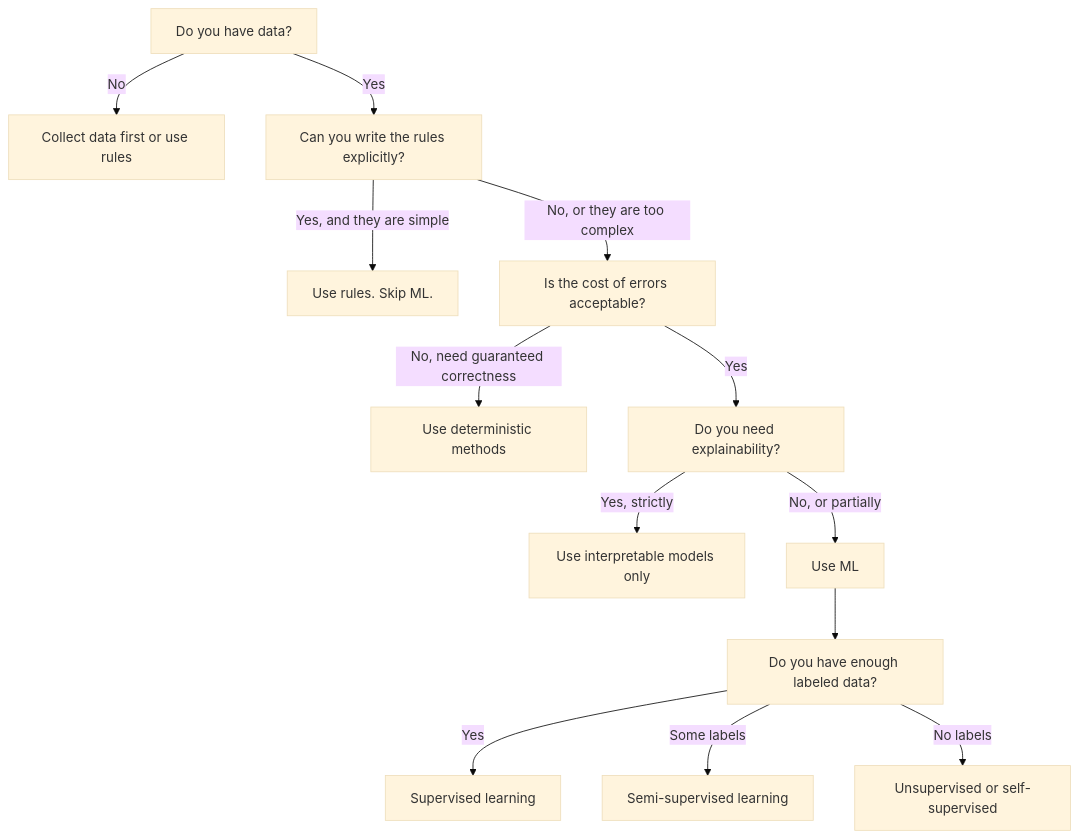
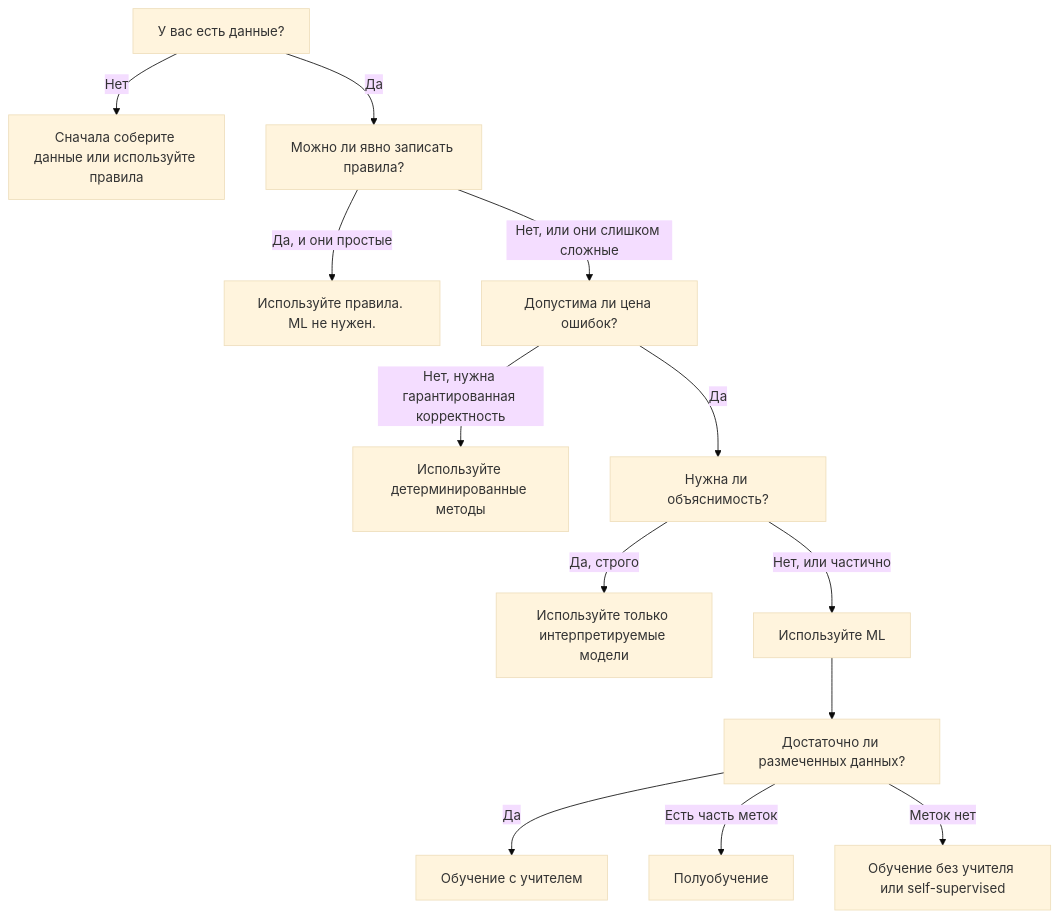
Before and after one commit to stabuev/ai-engineering-from-scratch: the sixth of 6 diagrams in phases/02-ml-fundamentals/01-what-is-machine-learning/docs/ru.md, drawn with Mermaid (base theme). The commit also changed other lines of this file and 22 other files, not shown here.

````diff
--- a/phases/02-ml-fundamentals/01-what-is-machine-learning/docs/ru.md
+++ b/phases/02-ml-fundamentals/01-what-is-machine-learning/docs/ru.md
@@ -275,15 +275,15 @@
 ```mermaid
 flowchart TD
-    A["Do you have data?"] -->|No| B["Collect data first or use rules"]
-    A -->|Yes| C["Can you write the rules explicitly?"]
-    C -->|"Yes, and they are simple"| D["Use rules. Skip ML."]
-    C -->|"No, or they are too complex"| E["Is the cost of errors acceptable?"]
-    E -->|"No, need guaranteed correctness"| F["Use deterministic methods"]
-    E -->|Yes| G["Do you need explainability?"]
-    G -->|"Yes, strictly"| H["Use interpretable models only"]
-    G -->|"No, or partially"| I["Use ML"]
-    I --> J["Do you have enough labeled data?"]
-    J -->|Yes| K["Supervised learning"]
-    J -->|"Some labels"| L["Semi-supervised learning"]
-    J -->|"No labels"| M["Unsupervised or self-supervised"]
+    A["У вас есть данные?"] -->|Нет| B["Сначала соберите данные или используйте правила"]
+    A -->|Да| C["Можно ли явно записать правила?"]
+    C -->|"Да, и они простые"| D["Используйте правила. ML не нужен."]
+    C -->|"Нет, или они слишком сложные"| E["Допустима ли цена ошибок?"]
+    E -->|"Нет, нужна гарантированная корректность"| F["Используйте детерминированные методы"]
+    E -->|Да| G["Нужна ли объяснимость?"]
+    G -->|"Да, строго"| H["Используйте только интерпретируемые модели"]
+    G -->|"Нет, или частично"| I["Используйте ML"]
+    I --> J["Достаточно ли размеченных данных?"]
+    J -->|Да| K["Обучение с учителем"]
+    J -->|"Есть часть меток"| L["Полуобучение"]
+    J -->|"Меток нет"| M["Обучение без учителя или self-supervised"]
 ```
````
